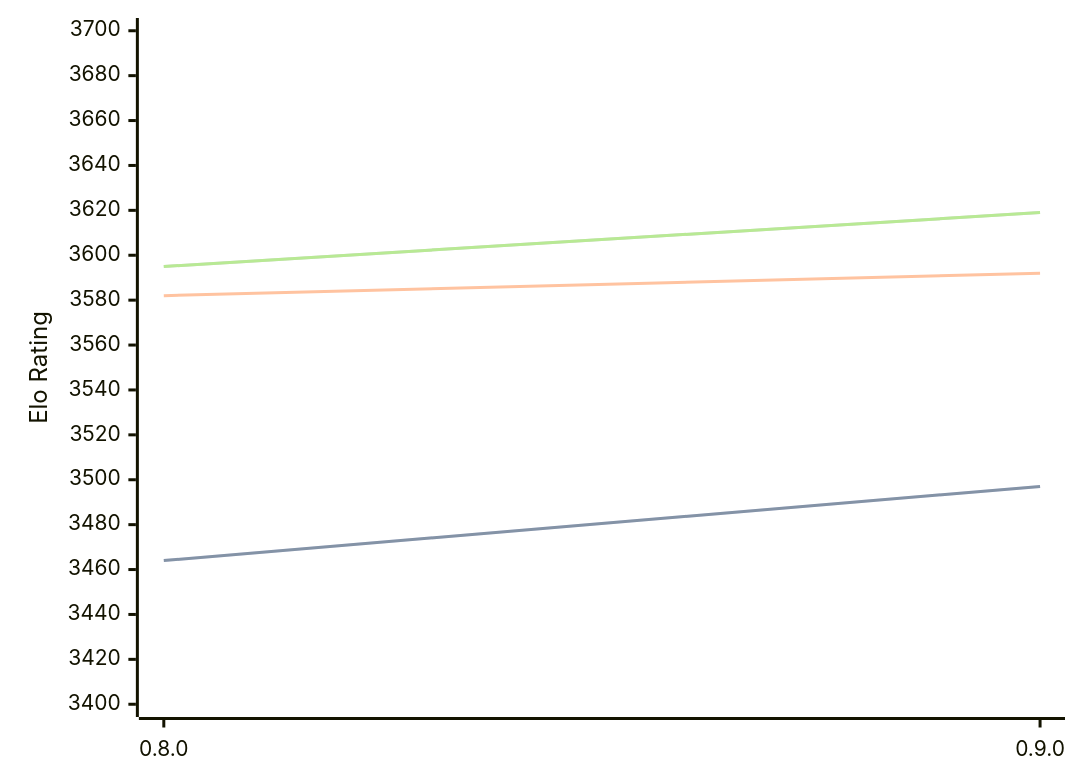
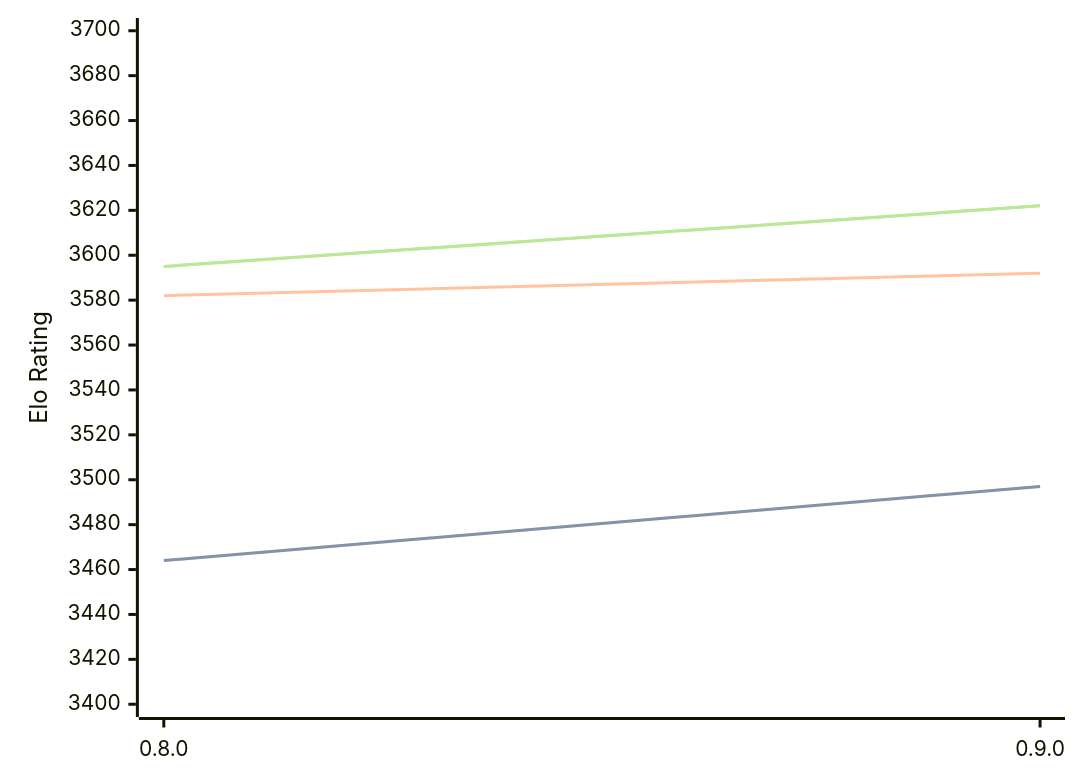
The diagram in engines/Reckless.md (computer-chess-index/cci), drawn with Mermaid before and after one commit. The commit also changed other lines of this file, not shown here.

Commit message:
Update CCI Ratings (ELO VLTC) - 2026-04-01

````diff
--- a/engines/Reckless.md
+++ b/engines/Reckless.md
@@ -39,11 +39,11 @@
 ```mermaid
 %%{init: {"theme":"base","themeVariables":{"seriesColors:['#a3a3a3','#222221','#faa371']}}}%%
 xychart-beta
   x-axis ["0.8.0", "0.9.0"]
   y-axis "Elo Rating" 3400 --> 3700
   line "STC (8.0+0.08s)" [3464, 3497]
   line "STC (8.0+0.08s)" [3464, 3497]
   line "LTC (60.0+0.60s)" [3582, 3592]
-  line "VLTC (2m24s+1.12s)" [3595, 3619]
-  line "VLTC (2m24s+1.12s)" [3595, 3619]
+  line "VLTC (2m24s+1.12s)" [3595, 3622]
+  line "VLTC (2m24s+1.12s)" [3595, 3622]
 ```
````
